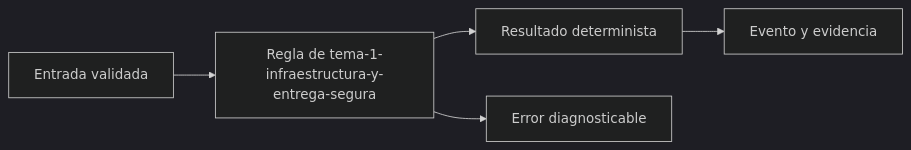
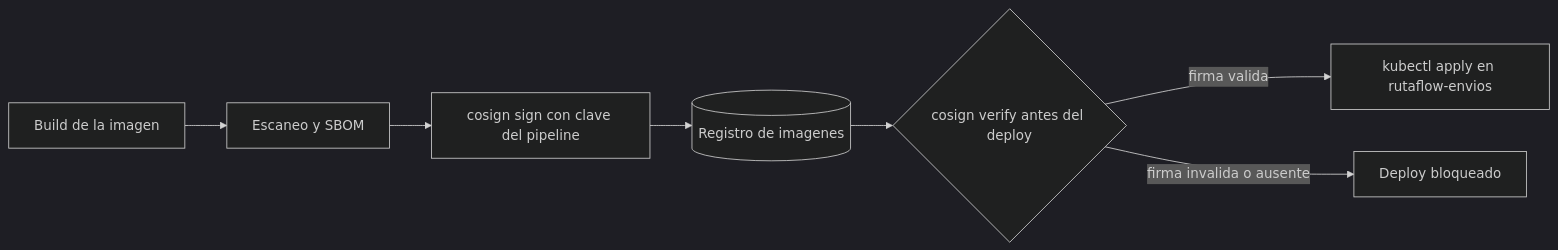
Before and after one commit to NICORUIZ93/Academia_Floci: the second of 6 diagrams in web/public/content/rutaflow/modulo-7.md, drawn with Mermaid (dark theme). The commit also changed other lines of this file and 56 other files, not shown here.

````diff
--- a/web/public/content/rutaflow/modulo-7.md
+++ b/web/public/content/rutaflow/modulo-7.md
@@ -44,7 +44,9 @@
 ```mermaid
 flowchart LR
-  A[Entrada validada] --> B[Regla de tema-1-infraestructura-y-entrega-segura]
-  B --> C[Resultado determinista]
-  C --> D[Evento y evidencia]
-  B --> E[Error diagnosticable]
+  A[Build de la imagen] --> B[Escaneo y SBOM]
+  B --> C[cosign sign con clave del pipeline]
+  C --> D[(Registro de imagenes)]
+  D --> E{cosign verify antes del deploy}
+  E -->|firma valida| F[kubectl apply en rutaflow-envios]
+  E -->|firma invalida o ausente| G[Deploy bloqueado]
 ```
````
